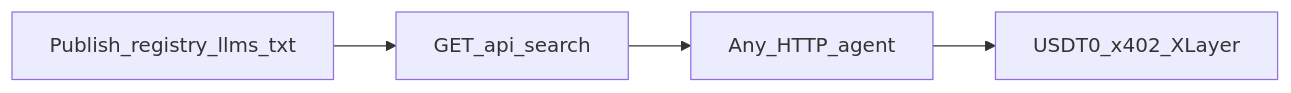
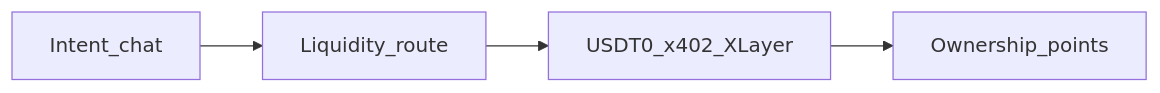
The diagram in README.md (itzsihui/OKXDevDay2026), drawn with Mermaid before and after one commit. The commit also changed other lines of this file and 30 other files, not shown here.

Commit message:
Add liquidity routing and ownership flywheel for Build a Market.

````diff
--- a/README.md
+++ b/README.md
@@ -32,6 +26,6 @@
 ```mermaid
 flowchart LR
-  publish[Publish_registry_llms_txt] --> search[GET_api_search]
-  search --> anyAgent[Any_HTTP_agent]
-  anyAgent --> settle[USDT0_x402_XLayer]
+  intent[Intent_chat] --> route[Liquidity_route]
+  route --> settle[USDT0_x402_XLayer]
+  settle --> own[Ownership_points]
 ```
````
